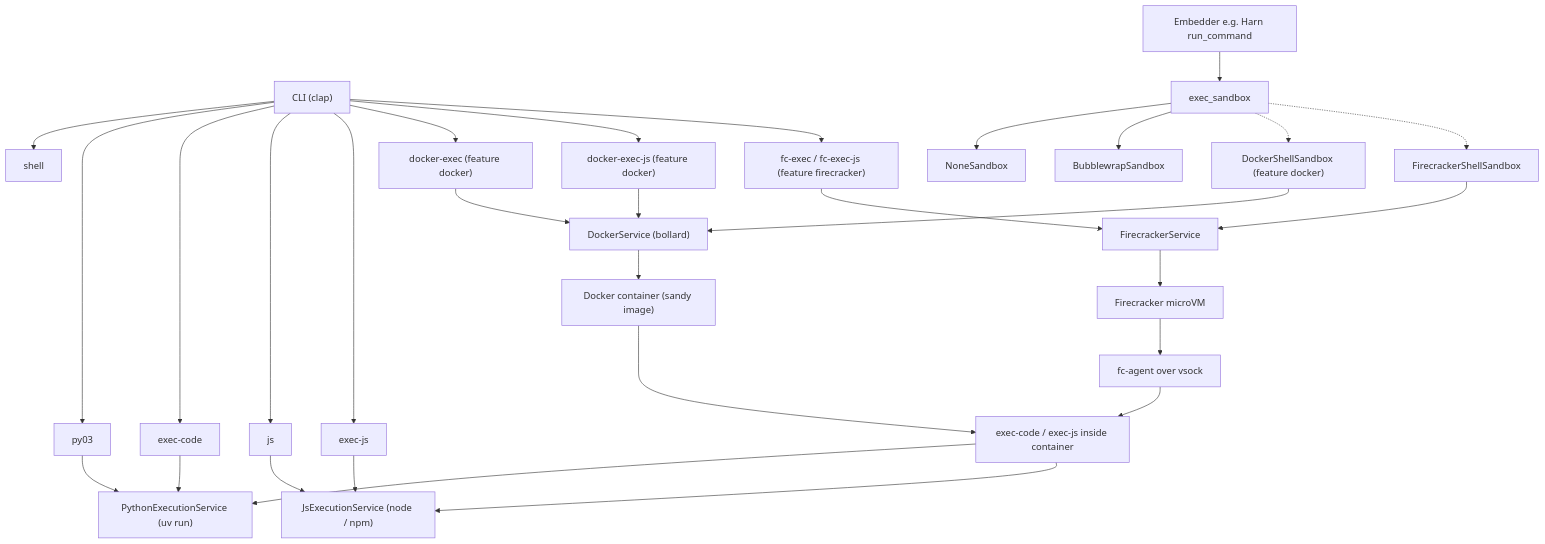
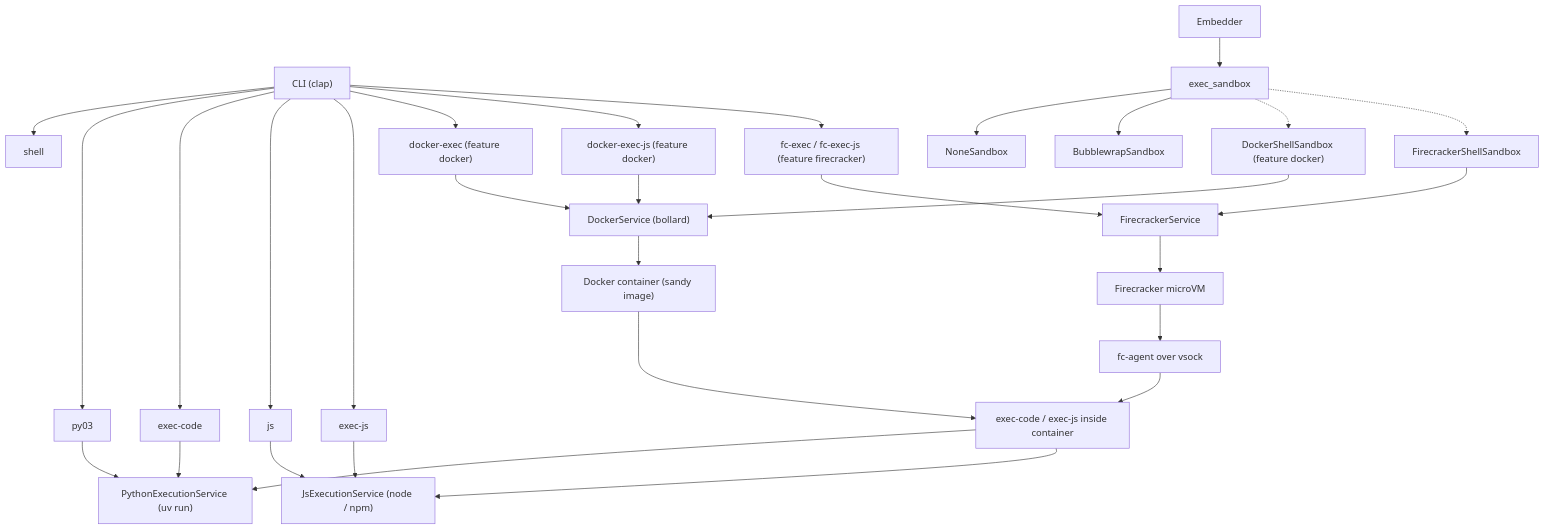
One commit to pinhole-io/sandy changed the diagram in docs/architecture.md. Above: the diagram before and after it, drawn with Mermaid. The commit also changed other lines of this file and 28 other files, not shown here.

````diff
--- a/docs/architecture.md
+++ b/docs/architecture.md
@@ -7,32 +7,32 @@
 ```mermaid
 flowchart TD
     CLI["CLI (clap)"] --> shell["shell"]
     CLI --> py03["py03"]
     CLI --> execCode["exec-code"]
     CLI --> js["js"]
     CLI --> execJs["exec-js"]
     CLI --> dockerExec["docker-exec (feature docker)"]
     CLI --> dockerExecJs["docker-exec-js (feature docker)"]
     execCode --> PythonSvc["PythonExecutionService (uv run)"]
     py03 --> PythonSvc
     execJs --> JsSvc["JsExecutionService (node / npm)"]
     js --> JsSvc
     dockerExec --> DockerSvc["DockerService (bollard)"]
     dockerExecJs --> DockerSvc
     DockerSvc --> Container["Docker container (sandy image)"]
     Container --> InnerExec["exec-code / exec-js inside container"]
     InnerExec --> PythonSvc
     InnerExec --> JsSvc
-    Embedder["Embedder e.g. Harn run_command"] --> ExecMod["exec_sandbox"]
+    Embedder["Embedder"] --> ExecMod["exec_sandbox"]
     ExecMod --> NoneSb["NoneSandbox"]
     ExecMod --> Bwrap["BubblewrapSandbox"]
     ExecMod -.-> DockerShell["DockerShellSandbox (feature docker)"]
     DockerShell --> DockerSvc
     CLI --> fcExec["fc-exec / fc-exec-js (feature firecracker)"]
     fcExec --> FcSvc["FirecrackerService"]
     FcSvc --> MicroVm["Firecracker microVM"]
     MicroVm --> FcAgent["fc-agent over vsock"]
     FcAgent --> InnerExec
     ExecMod -.-> FirecrackerShell["FirecrackerShellSandbox"]
     FirecrackerShell --> FcSvc
 ```
````
